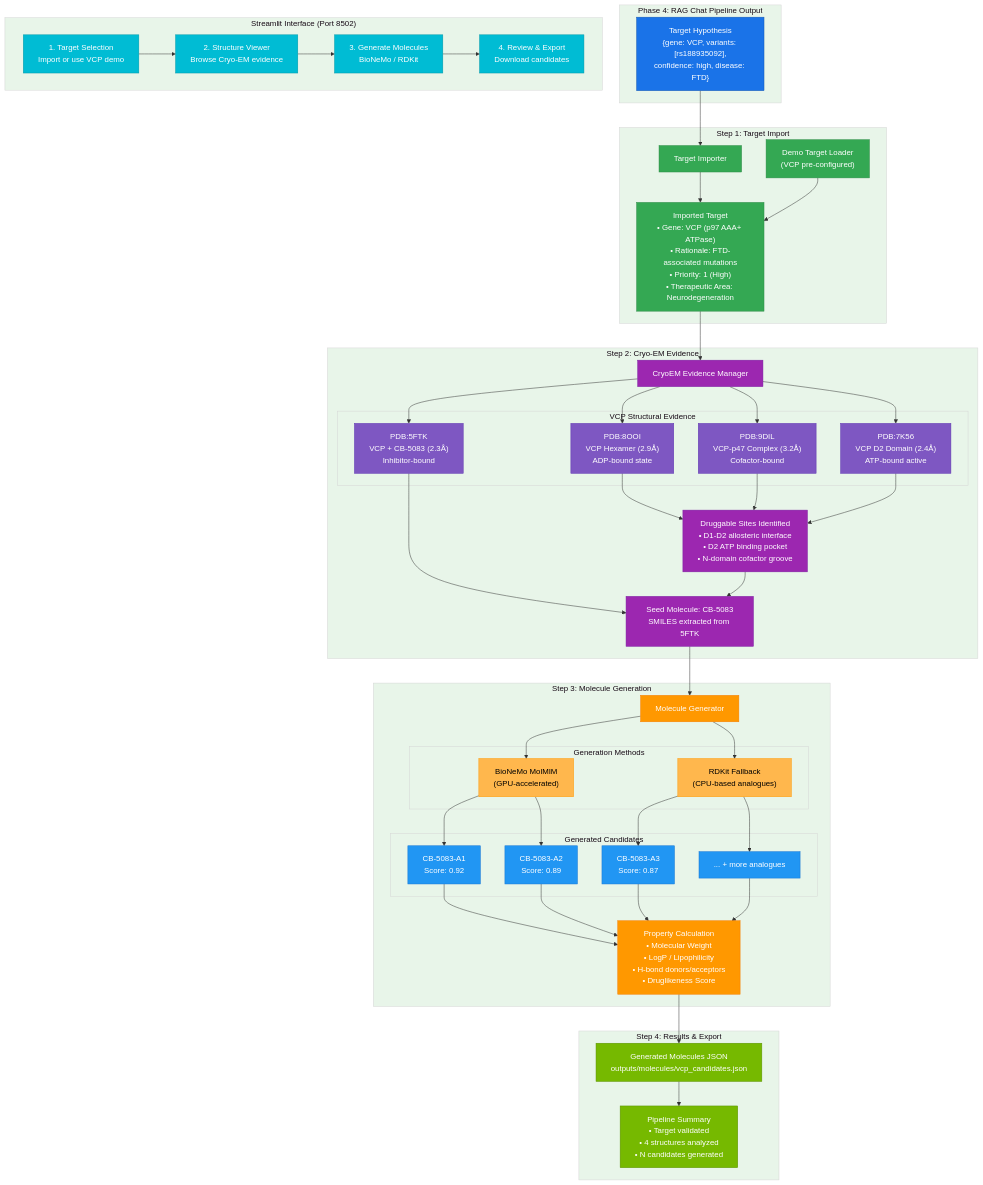
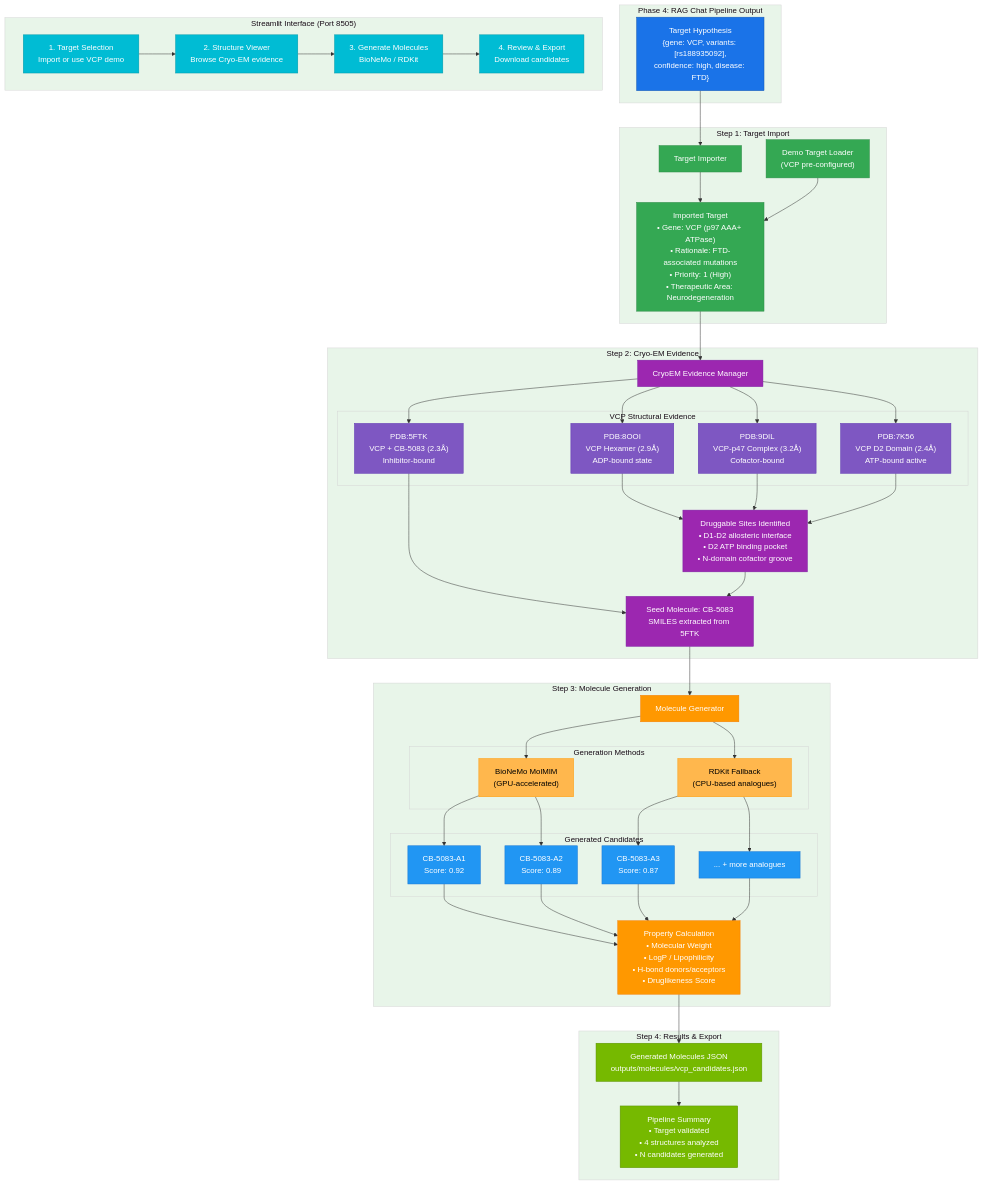
The diagram in docs/diagrams/drug-discovery-pipeline-diagram.mmd (ajones1923/hcls-ai-factory), drawn with Mermaid before and after one commit. The commit also changed 32 other files, not shown here.

```diff
--- a/docs/diagrams/drug-discovery-pipeline-diagram.mmd
+++ b/docs/diagrams/drug-discovery-pipeline-diagram.mmd
@@ -1,112 +1,112 @@
 %%{init: {'theme': 'base', 'themeVariables': { 'primaryColor': '#76b900', 'primaryTextColor': '#fff', 'primaryBorderColor': '#5a8f00', 'lineColor': '#333', 'secondaryColor': '#f0f0f0', 'tertiaryColor': '#e8f5e9'}}}%%
 
 flowchart TB
     subgraph INPUT["Phase 4: RAG Chat Pipeline Output"]
         HYPOTHESIS["Target Hypothesis<br/>{gene: VCP, variants: [rs188935092],<br/>confidence: high, disease: FTD}"]
     end
 
     subgraph IMPORT["Step 1: Target Import"]
         IMPORTER["Target Importer"]
         TARGET["Imported Target<br/>• Gene: VCP (p97 AAA+ ATPase)<br/>• Rationale: FTD-associated mutations<br/>• Priority: 1 (High)<br/>• Therapeutic Area: Neurodegeneration"]
         DEMO_TARGET["Demo Target Loader<br/>(VCP pre-configured)"]
     end
 
     subgraph CRYOEM["Step 2: Cryo-EM Evidence"]
         EVIDENCE_MGR["CryoEM Evidence Manager"]
 
         subgraph STRUCTURES["VCP Structural Evidence"]
             PDB1["PDB:8OOI<br/>VCP Hexamer (2.9Å)<br/>ADP-bound state"]
             PDB2["PDB:9DIL<br/>VCP-p47 Complex (3.2Å)<br/>Cofactor-bound"]
             PDB3["PDB:7K56<br/>VCP D2 Domain (2.4Å)<br/>ATP-bound active"]
             PDB4["PDB:5FTK<br/>VCP + CB-5083 (2.3Å)<br/>Inhibitor-bound"]
         end
 
         BINDING["Druggable Sites Identified<br/>• D1-D2 allosteric interface<br/>• D2 ATP binding pocket<br/>• N-domain cofactor groove"]
         SEED["Seed Molecule: CB-5083<br/>SMILES extracted from 5FTK"]
     end
 
     subgraph MOLGEN["Step 3: Molecule Generation"]
         GENERATOR["Molecule Generator"]
 
         subgraph METHODS["Generation Methods"]
             BIONEMO["BioNeMo MolMIM<br/>(GPU-accelerated)"]
             RDKIT["RDKit Fallback<br/>(CPU-based analogues)"]
         end
 
         subgraph MOLECULES["Generated Candidates"]
             MOL1["CB-5083-A1<br/>Score: 0.92"]
             MOL2["CB-5083-A2<br/>Score: 0.89"]
             MOL3["CB-5083-A3<br/>Score: 0.87"]
             MOLN["... + more analogues"]
         end
 
         PROPERTIES["Property Calculation<br/>• Molecular Weight<br/>• LogP / Lipophilicity<br/>• H-bond donors/acceptors<br/>• Druglikeness Score"]
     end
 
     subgraph OUTPUT["Step 4: Results & Export"]
         RESULTS["Generated Molecules JSON<br/>outputs/molecules/vcp_candidates.json"]
         SUMMARY["Pipeline Summary<br/>• Target validated<br/>• 4 structures analyzed<br/>• N candidates generated"]
     end
 
-    subgraph UI["Streamlit Interface (Port 8502)"]
+    subgraph UI["Streamlit Interface (Port 8505)"]
         STEP1_UI["1. Target Selection<br/>Import or use VCP demo"]
         STEP2_UI["2. Structure Viewer<br/>Browse Cryo-EM evidence"]
         STEP3_UI["3. Generate Molecules<br/>BioNeMo / RDKit"]
         STEP4_UI["4. Review & Export<br/>Download candidates"]
     end
 
     %% Flow connections
     HYPOTHESIS --> IMPORTER
     IMPORTER --> TARGET
     DEMO_TARGET --> TARGET
 
     TARGET --> EVIDENCE_MGR
     EVIDENCE_MGR --> PDB1
     EVIDENCE_MGR --> PDB2
     EVIDENCE_MGR --> PDB3
     EVIDENCE_MGR --> PDB4
     PDB4 --> SEED
     PDB1 --> BINDING
     PDB2 --> BINDING
     PDB3 --> BINDING
     BINDING --> SEED
 
     SEED --> GENERATOR
     GENERATOR --> BIONEMO
     GENERATOR --> RDKIT
     BIONEMO --> MOL1
     BIONEMO --> MOL2
     RDKIT --> MOL3
     RDKIT --> MOLN
     MOL1 --> PROPERTIES
     MOL2 --> PROPERTIES
     MOL3 --> PROPERTIES
     MOLN --> PROPERTIES
 
     PROPERTIES --> RESULTS
     RESULTS --> SUMMARY
 
     STEP1_UI --> STEP2_UI
     STEP2_UI --> STEP3_UI
     STEP3_UI --> STEP4_UI
 
     %% Styling
     classDef inputStyle fill:#1a73e8,stroke:#1557b0,color:#fff
     classDef importStyle fill:#34a853,stroke:#2d8a47,color:#fff
     classDef cryoemStyle fill:#9c27b0,stroke:#7b1fa2,color:#fff
     classDef structureStyle fill:#7e57c2,stroke:#5e35b1,color:#fff
     classDef molgenStyle fill:#ff9800,stroke:#f57c00,color:#fff
     classDef methodStyle fill:#ffb74d,stroke:#ff9800,color:#000
     classDef moleculeStyle fill:#2196f3,stroke:#1976d2,color:#fff
     classDef outputStyle fill:#76b900,stroke:#5a8f00,color:#fff
     classDef uiStyle fill:#00bcd4,stroke:#0097a7,color:#fff
 
     class HYPOTHESIS inputStyle
     class IMPORTER,TARGET,DEMO_TARGET importStyle
     class EVIDENCE_MGR,BINDING,SEED cryoemStyle
     class PDB1,PDB2,PDB3,PDB4 structureStyle
     class GENERATOR,PROPERTIES molgenStyle
     class BIONEMO,RDKIT methodStyle
     class MOL1,MOL2,MOL3,MOLN moleculeStyle
     class RESULTS,SUMMARY outputStyle
     class STEP1_UI,STEP2_UI,STEP3_UI,STEP4_UI uiStyle
```
